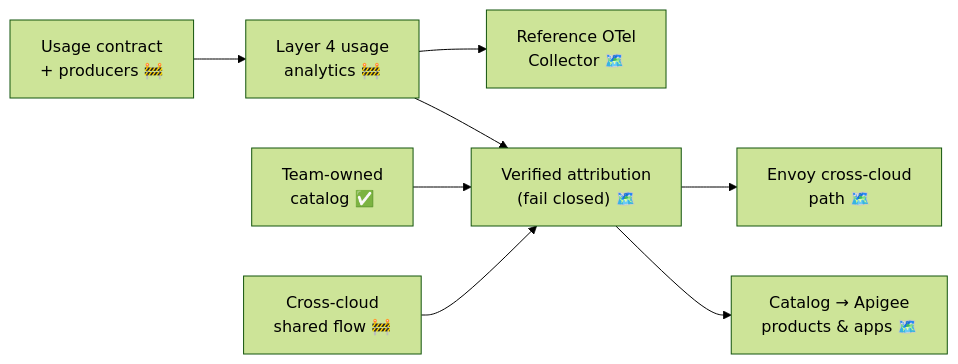
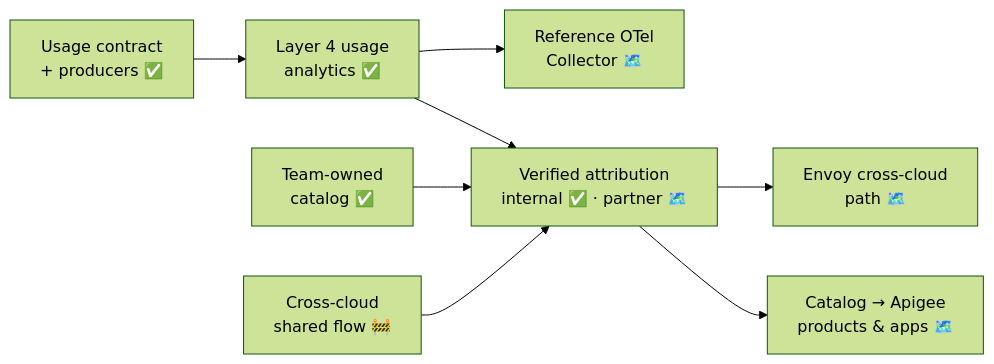
Before and after one commit to google/esmeralda: the diagram in docs/src/5-multi-cloud/05-status-and-roadmap.md, drawn with Mermaid (forest theme). The commit also changed other lines of this file and 7 other files, not shown here.

````diff
--- a/docs/src/5-multi-cloud/05-status-and-roadmap.md
+++ b/docs/src/5-multi-cloud/05-status-and-roadmap.md
@@ -69,10 +69,10 @@
 ```mermaid
 flowchart LR
-    A["Usage contract<br/>+ producers 🚧"] --> B["Layer 4 usage<br/>analytics 🚧"]
-    C["Team-owned<br/>catalog ✅"] --> D["Verified attribution<br/>(fail closed) 🗺️"]
+    A["Usage contract<br/>+ producers ✅"] --> B["Layer 4 usage<br/>analytics ✅"]
+    C["Team-owned<br/>catalog ✅"] --> D["Verified attribution<br/>internal ✅ · partner 🗺️"]
     B --> D
     E["Cross-cloud<br/>shared flow 🚧"] --> D
     D --> F["Catalog → Apigee<br/>products & apps 🗺️"]
     D --> G["Envoy cross-cloud<br/>path 🗺️"]
     B --> H["Reference OTel<br/>Collector 🗺️"]
 ```
````
